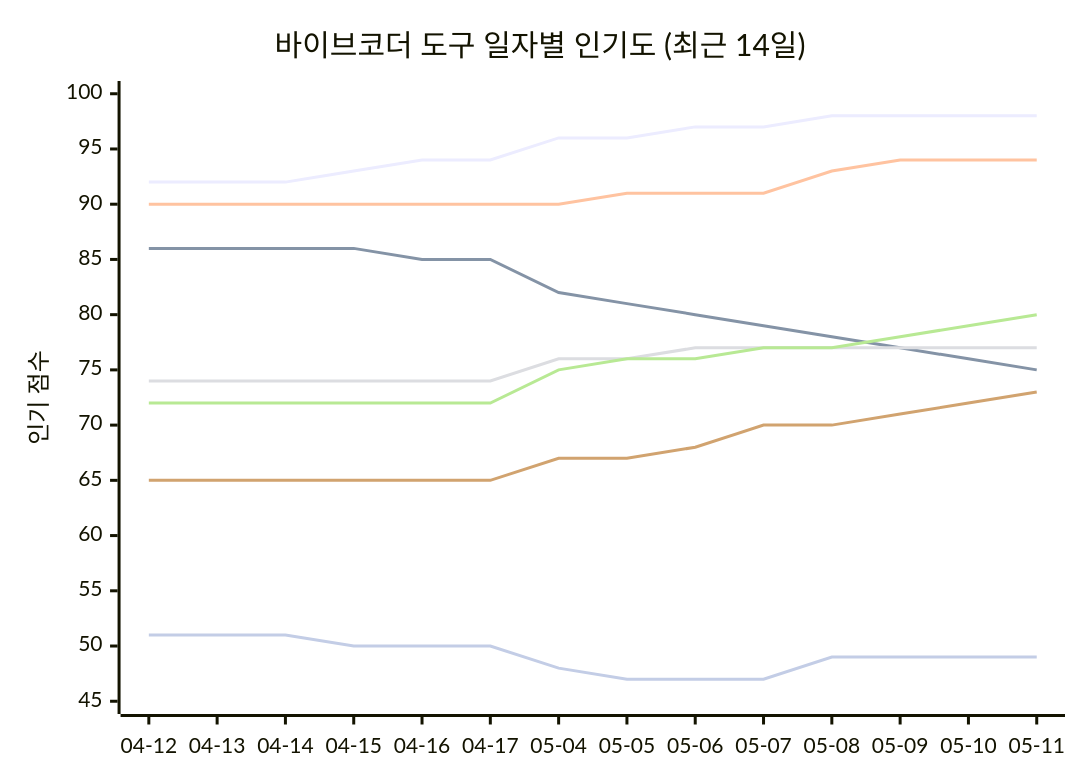
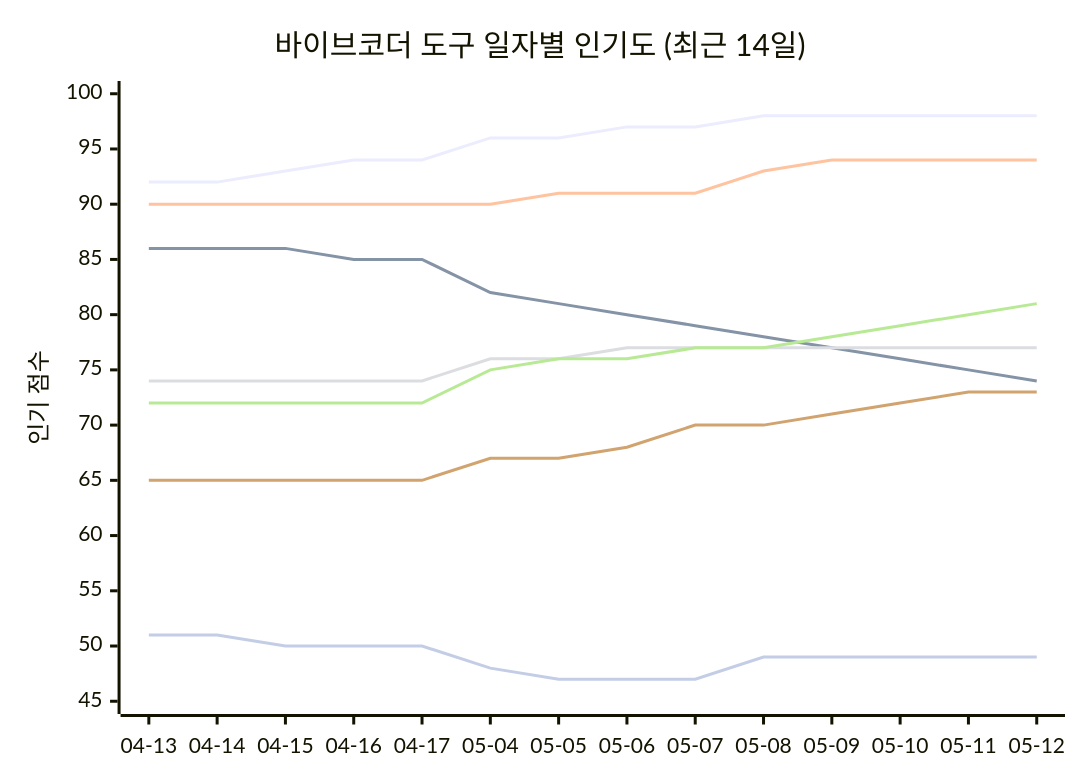
One commit to tykimos/ai-whatchelin changed the seventh of 11 diagrams in README_ko.md. Above: the diagram before and after it, drawn with Mermaid. The commit also changed other lines of this file and 4 other files, not shown here.

````diff
--- a/README_ko.md
+++ b/README_ko.md
@@ -758,13 +763,13 @@
 ```mermaid
 xychart-beta
     title "바이브코더 도구 일자별 인기도 (최근 14일)"
-    x-axis ["04-12", "04-13", "04-14", "04-15", "04-16", "04-17", "05-04", "05-05", "05-06", "05-07", "05-08", "05-09", "05-10", "05-11"]
+    x-axis ["04-13", "04-14", "04-15", "04-16", "04-17", "05-04", "05-05", "05-06", "05-07", "05-08", "05-09", "05-10", "05-11", "05-12"]
     y-axis "인기 점수" 45 --> 100
-    line "Claude Code" [92, 92, 92, 93, 94, 94, 96, 96, 97, 97, 98, 98, 98, 98]
-    line "GH Copilot" [86, 86, 86, 86, 85, 85, 82, 81, 80, 79, 78, 77, 76, 75]
-    line "Cursor" [90, 90, 90, 90, 90, 90, 90, 91, 91, 91, 93, 94, 94, 94]
-    line "Windsurf" [74, 74, 74, 74, 74, 74, 76, 76, 77, 77, 77, 77, 77, 77]
-    line "Codex CLI" [72, 72, 72, 72, 72, 72, 75, 76, 76, 77, 77, 78, 79, 80]
-    line "Gemini CLI" [65, 65, 65, 65, 65, 65, 67, 67, 68, 70, 70, 71, 72, 73]
-    line "Antigravity" [51, 51, 51, 50, 50, 50, 48, 47, 47, 47, 49, 49, 49, 49]
+    line "Claude Code" [92, 92, 93, 94, 94, 96, 96, 97, 97, 98, 98, 98, 98, 98]
+    line "GH Copilot" [86, 86, 86, 85, 85, 82, 81, 80, 79, 78, 77, 76, 75, 74]
+    line "Cursor" [90, 90, 90, 90, 90, 90, 91, 91, 91, 93, 94, 94, 94, 94]
+    line "Windsurf" [74, 74, 74, 74, 74, 76, 76, 77, 77, 77, 77, 77, 77, 77]
+    line "Codex CLI" [72, 72, 72, 72, 72, 75, 76, 76, 77, 77, 78, 79, 80, 81]
+    line "Gemini CLI" [65, 65, 65, 65, 65, 67, 67, 68, 70, 70, 71, 72, 73, 73]
+    line "Antigravity" [51, 51, 50, 50, 50, 48, 47, 47, 47, 49, 49, 49, 49, 49]
 ```
````
